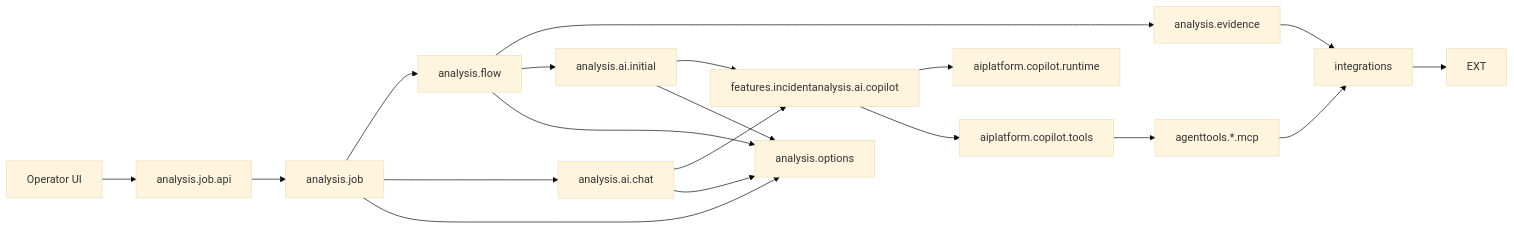
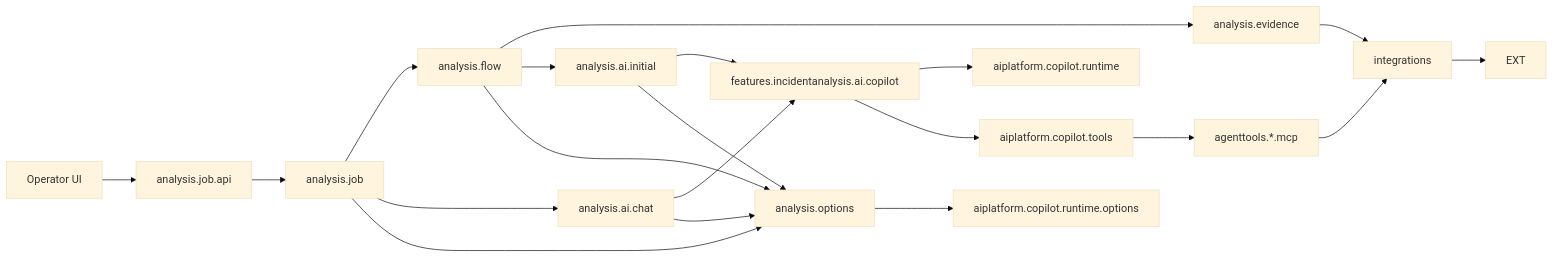
One commit to herald-assistant/incident-tracker changed the first of 2 diagrams in docs/architecture/05-package-dependencies.md. Above: the diagram before and after it, drawn with Mermaid (base theme). The commit also changed other lines of this file and 17 other files, not shown here.

Commit message:
Move Copilot model options to aiplatform

````diff
--- a/docs/architecture/05-package-dependencies.md
+++ b/docs/architecture/05-package-dependencies.md
@@ -89,25 +88,26 @@
 ```mermaid
 flowchart LR
     OP["Operator UI"] --> JOBAPI["analysis.job.api"]
     JOBAPI --> JOB["analysis.job"]
     JOB --> FLOW["analysis.flow"]
 
     FLOW --> EVIDENCE["analysis.evidence"]
     EVIDENCE --> INTEGRATIONS["integrations"]
     INTEGRATIONS --> EXT
 
     FLOW --> INITIAL["analysis.ai.initial"]
     INITIAL --> INCIDENTCOPILOT["features.incidentanalysis.ai.copilot"]
     INCIDENTCOPILOT --> AIPLATFORM["aiplatform.copilot.runtime"]
     INCIDENTCOPILOT --> TOOLS["aiplatform.copilot.tools"]
     TOOLS --> MCP["agenttools.*.mcp"]
     MCP --> INTEGRATIONS
 
     JOB --> CHAT
     CHAT["analysis.ai.chat"] --> INCIDENTCOPILOT
 
     JOB --> OPTIONS["analysis.options"]
     FLOW --> OPTIONS
     INITIAL --> OPTIONS
     CHAT --> OPTIONS
+    OPTIONS --> PLATFORMOPTIONS["aiplatform.copilot.runtime.options"]
 ```
````
